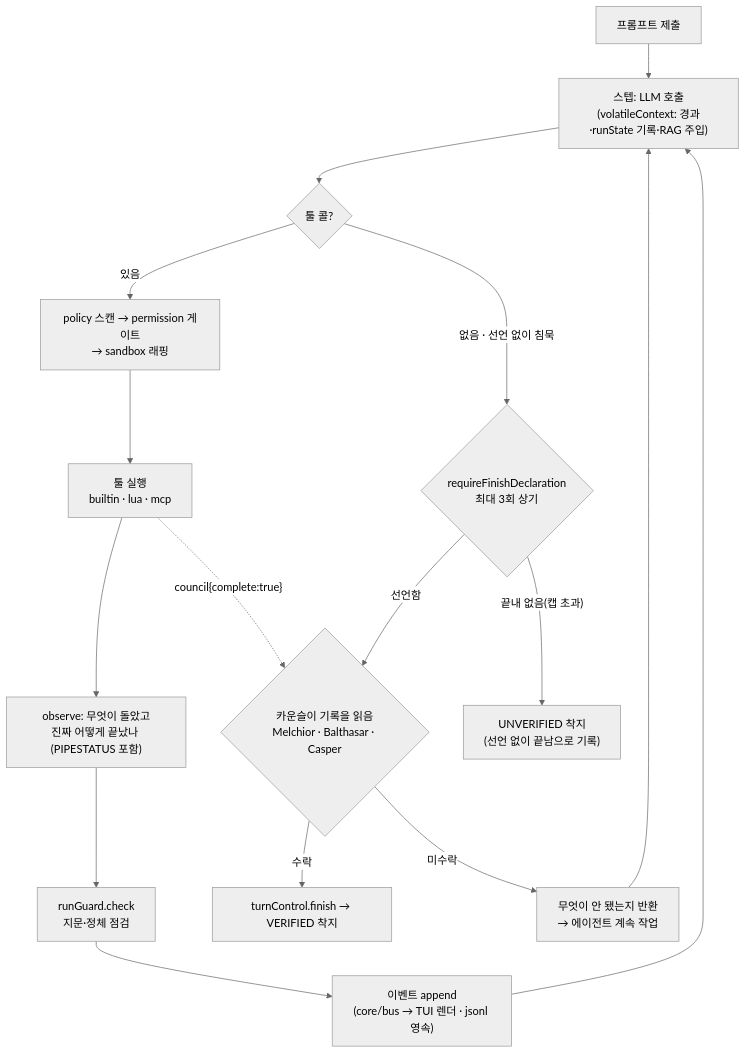
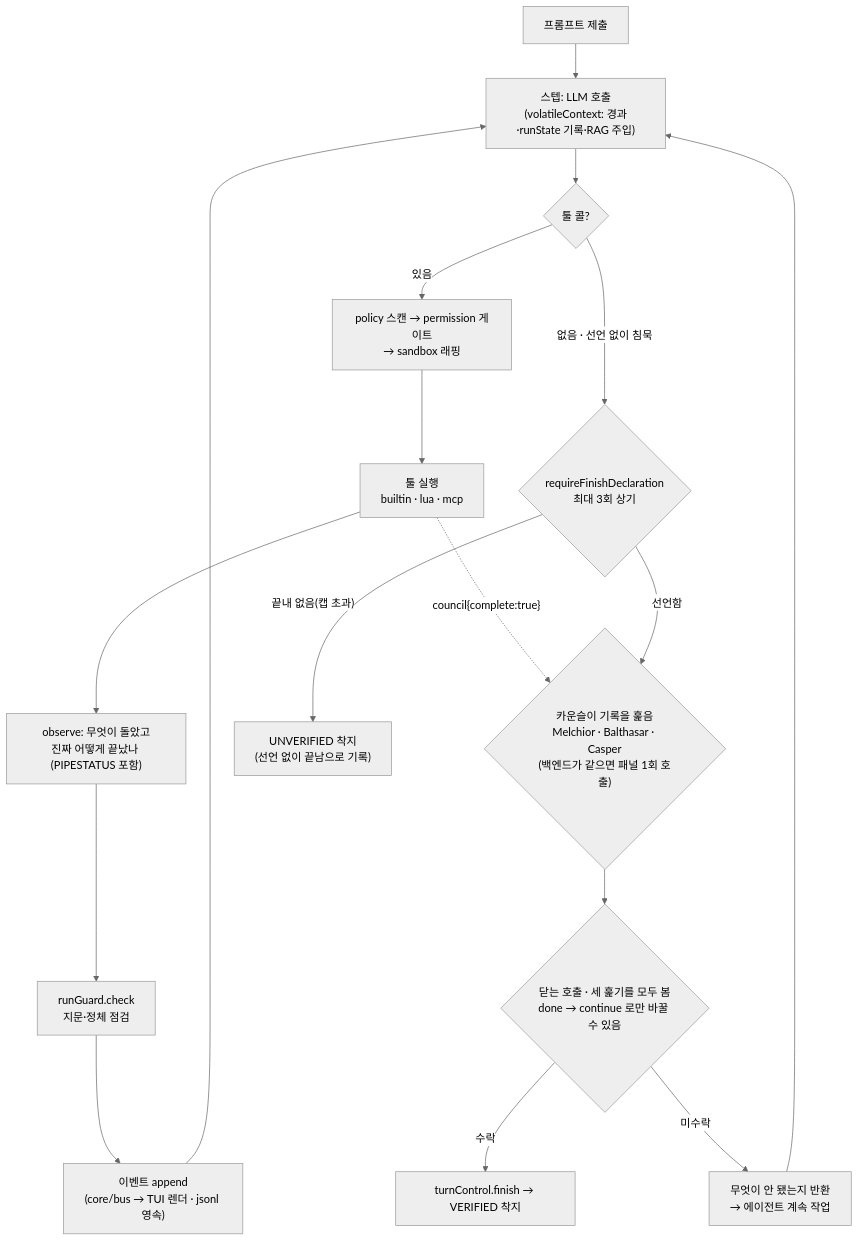
Before and after one commit to sayaya1090/magi: the third of 18 diagrams in docs/DIAGRAMS.ko.md, drawn with Mermaid. The commit also changed other lines of this file and 11 other files, not shown here.

````diff
--- a/docs/DIAGRAMS.ko.md
+++ b/docs/DIAGRAMS.ko.md
@@ -125,19 +125,20 @@
 ```mermaid
 %%{init: {'theme':'neutral','flowchart':{'curve':'basis'}}}%%
 flowchart TD
   P["프롬프트 제출"] --> S["스텝: LLM 호출<br/>(volatileContext: 경과·runState 기록·RAG 주입)"]
   S --> T{"툴 콜?"}
   T -- 있음 --> POL["policy 스캔 → permission 게이트<br/>→ sandbox 래핑"]
   POL --> EX["툴 실행<br/>builtin · lua · mcp"]
   EX --> OB["observe: 무엇이 돌았고<br/>진짜 어떻게 끝났나 (PIPESTATUS 포함)"]
   OB --> G["runGuard.check<br/>지문·정체 점검"]
   G --> EV["이벤트 append<br/>(core/bus → TUI 렌더 · jsonl 영속)"]
   EV --> S
-  EX -. "council{complete:true}" .-> CG{"카운슬이 기록을 읽음<br/>Melchior · Balthasar · Casper"}
-  CG -- "수락" --> FIN["turnControl.finish → VERIFIED 착지"]
-  CG -- "미수락" --> FB["무엇이 안 됐는지 반환<br/>→ 에이전트 계속 작업"]
+  EX -. "council{complete:true}" .-> CG{"카운슬이 기록을 훑음<br/>Melchior · Balthasar · Casper<br/>(백엔드가 같으면 패널 1회 호출)"}
+  CG --> CL{"닫는 호출 · 세 훑기를 모두 봄<br/>done → continue 로만 바꿀 수 있음"}
+  CL -- "수락" --> FIN["turnControl.finish → VERIFIED 착지"]
+  CL -- "미수락" --> FB["무엇이 안 됐는지 반환<br/>→ 에이전트 계속 작업"]
   FB --> S
   T -- "없음 · 선언 없이 침묵" --> RQ{"requireFinishDeclaration<br/>최대 3회 상기"}
   RQ -- "선언함" --> CG
   RQ -- "끝내 없음(캡 초과)" --> U["UNVERIFIED 착지<br/>(선언 없이 끝남으로 기록)"]
 ```
````
